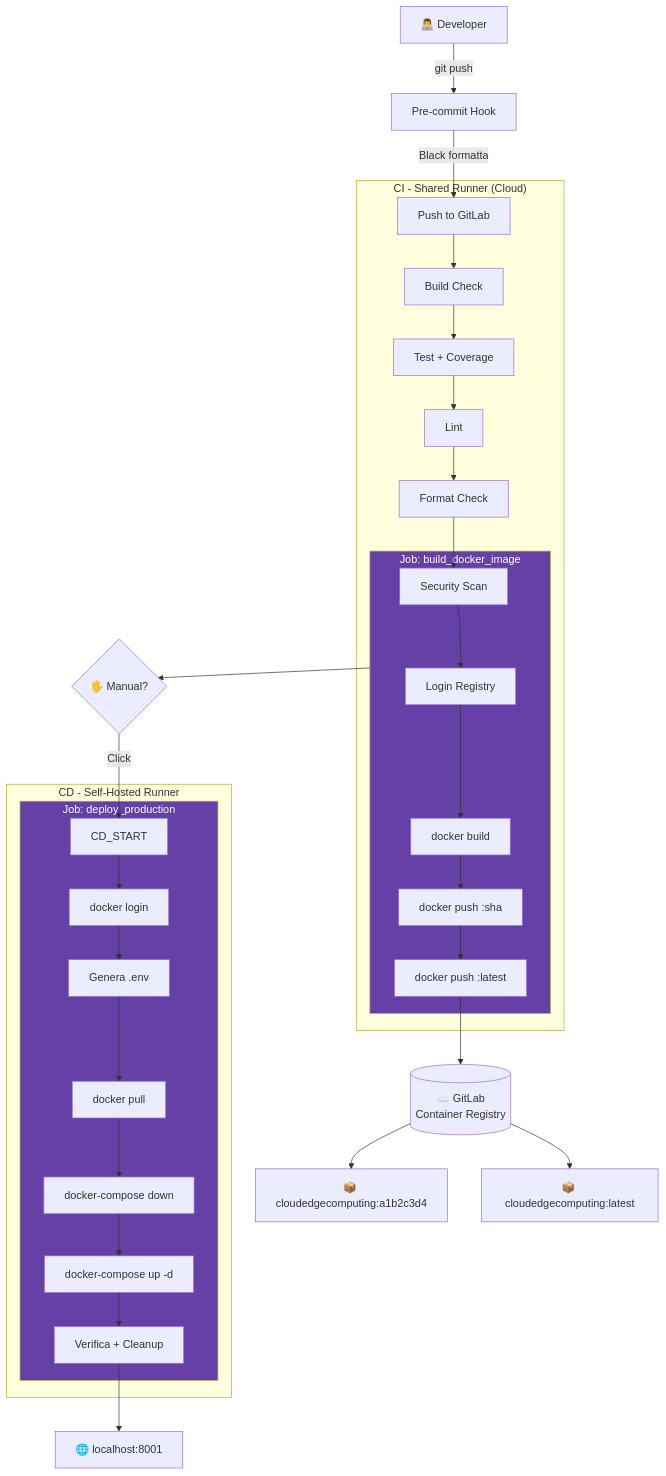
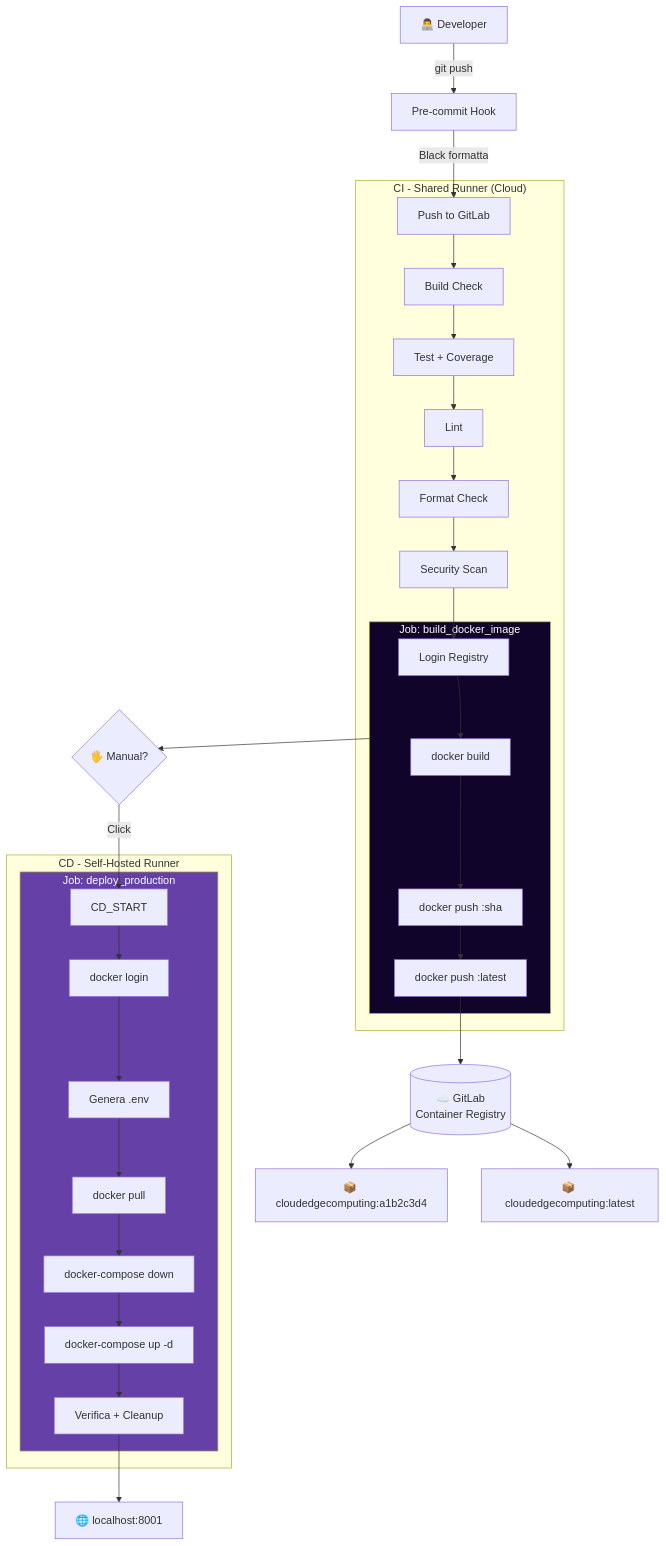
Diagram 25 of 26 in appunti.md (lucadileo9/dev-experiments), drawn with Mermaid before and after one commit. The commit also changed other lines of this file, not shown here.

````diff
--- a/appunti.md
+++ b/appunti.md
@@ -2698,44 +2542,44 @@
 ```mermaid
 flowchart TD
     DEV["👨‍💻 Developer"] -->|git push| PRE["Pre-commit Hook"]
     PRE -->|"Black formatta"| GL_PUSH["Push to GitLab"]
     
     subgraph CI["CI - Shared Runner (Cloud)"]
         GL_PUSH --> CI_BUILD["Build Check"]
         CI_BUILD --> CI_TEST["Test + Coverage"]
         CI_TEST --> CI_LINT["Lint"]
         CI_LINT --> CI_FORMAT["Format Check"]
         CI_FORMAT --> CI_SEC["Security Scan"]
-        
+        CI_SEC --> REG_LOGIN[Login Registry]
+
         subgraph PackageJob["Job: build_docker_image"]
-            CI_SEC --> REG_LOGIN[Login Registry]
             REG_LOGIN --> DK_BUILD[docker build]
             DK_BUILD --> DK_PUSH_SHA[docker push :sha]
             DK_PUSH_SHA --> DK_PUSH_LATEST[docker push :latest]
         end
     end
     
     DK_PUSH_LATEST --> REGISTRY[("☁️ GitLab<br/>Container Registry")]
     
     REGISTRY --> IMG_SHA["📦 cloudedgecomputing:a1b2c3d4"]
     REGISTRY --> IMG_LATEST["📦 cloudedgecomputing:latest"]    
     
     PackageJob --> MANUAL_TRIGGER{"🖐️ Manual?"}
     MANUAL_TRIGGER -->|"Click"| CD_START
     
     subgraph Deploy["CD - Self-Hosted Runner"]
       subgraph S["Job: deploy_production"]
         CD_START --> CD_LOGIN["docker login"]
         CD_LOGIN --> CD_ENV["Genera .env"]
         CD_ENV --> CD_PULL["docker pull"]
         CD_PULL --> CD_DOWN["docker-compose down"]
         CD_DOWN --> CD_UP["docker-compose up -d"]
         CD_UP --> CD_VERIFY["Verifica + Cleanup"]
         end
     end
     
     CD_VERIFY --> FINAL_URL["🌐 localhost:8001"]
 
     style S fill: #6440a7, color: #fff
-    style PackageJob fill: #6440a7, color: #fff
+    style PackageJob fill: #11042a, color: #fff
 ```
````
